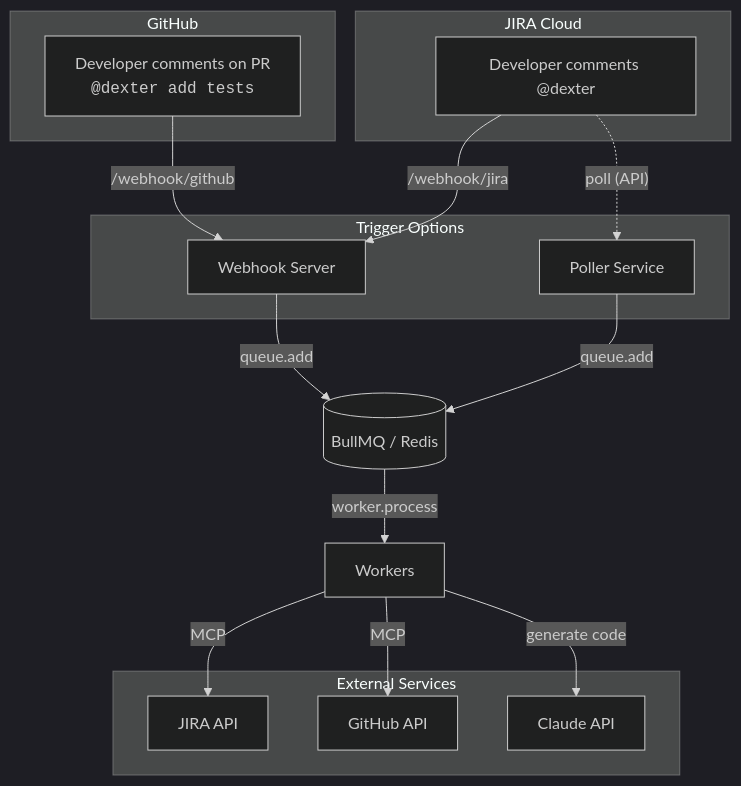
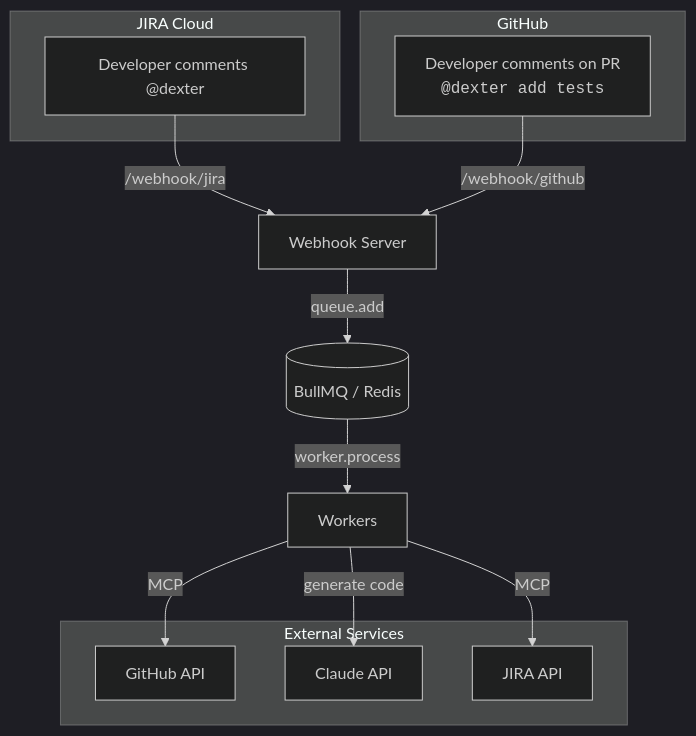
Before and after one commit to mappedin-dev/mapthew: the first of 5 diagrams in docs/architecture.md, drawn with Mermaid (dark theme). The commit also changed other lines of this file and 14 other files, not shown here.

````diff
--- a/docs/architecture.md
+++ b/docs/architecture.md
@@ -12,34 +12,29 @@
 ```mermaid
 flowchart TD
     subgraph JIRA["JIRA Cloud"]
         A["Developer comments @dexter"]
     end
 
-    subgraph triggers ["Trigger Options"]
-        B[Webhook Server]
-        P[Poller Service]
-    end
+    B[Webhook Server]
 
     subgraph GitHub["GitHub"]
         G[Developer comments on PR<br/><code>@dexter add tests</code>]
     end
 
     C[("BullMQ / Redis")]
     D[Workers]
 
     subgraph External["External Services"]
         H[GitHub API]
         I[Claude API]
         J[JIRA API]
     end
 
     A -->|/webhook/jira| B
-    A -.->|"poll (API)"| P
     G -->|/webhook/github| B
     B -->|queue.add| C
-    P -->|queue.add| C
     C -->|worker.process| D
     D -->|MCP| J
     D -->|MCP| H
     D -->|generate code| I
 ```
````
